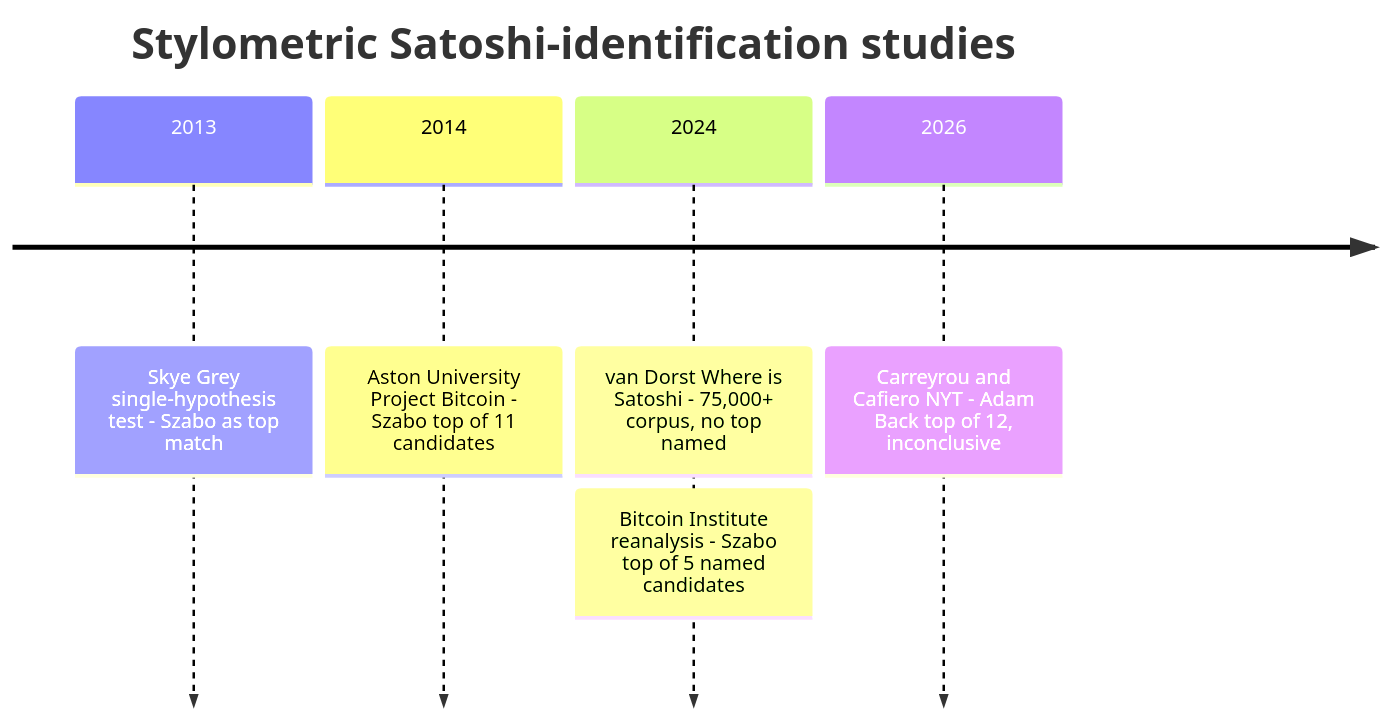
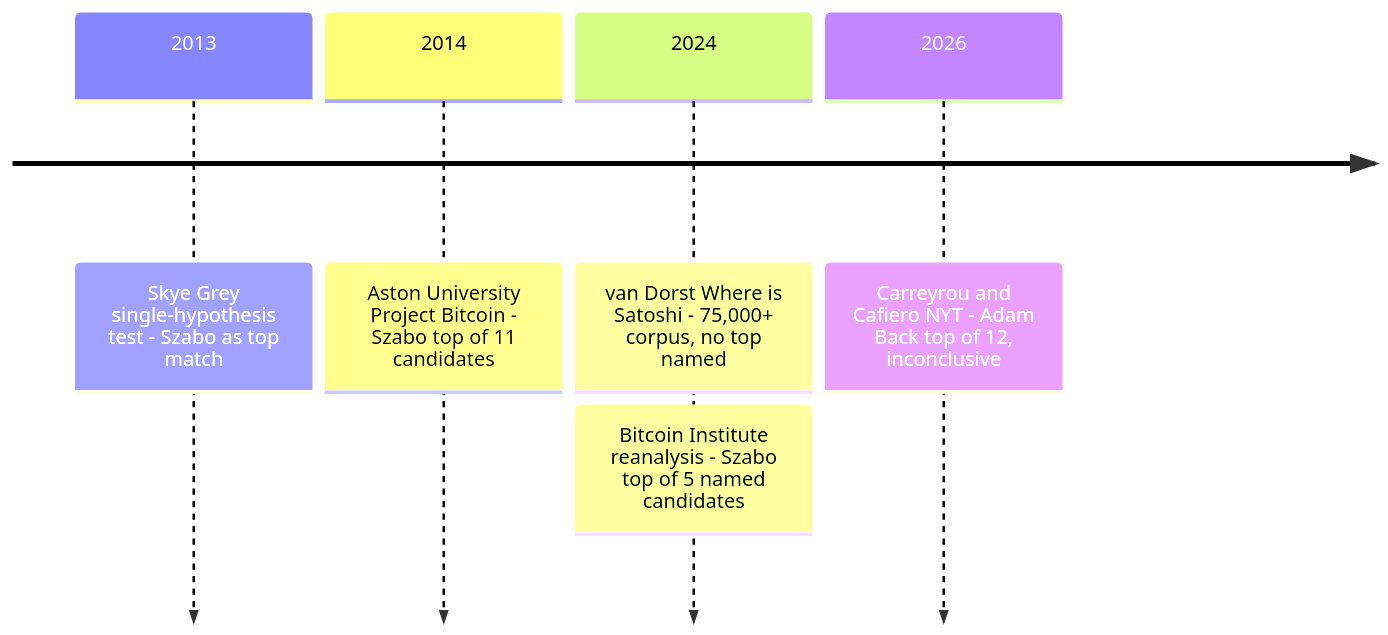
Before and after one commit to cypher256/BitcoinArchive: the diagram in src/data/entries/en/analysis/2026-05-03-van-dorst-corpus-reanalysis-named-candidates.md, drawn with Mermaid. The commit also changed other lines of this file and 50 other files, not shown here.

````diff
--- a/src/data/entries/en/analysis/2026-05-03-van-dorst-corpus-reanalysis-named-candidates.md
+++ b/src/data/entries/en/analysis/2026-05-03-van-dorst-corpus-reanalysis-named-candidates.md
@@ -113,9 +115,8 @@
 ```mermaid
 timeline
-    title Stylometric Satoshi-identification studies
     2013 : Skye Grey single-hypothesis test  - Szabo as top match
     2014 : Aston University Project Bitcoin - Szabo top of 11 candidates
     2024 : van Dorst Where is Satoshi - 75,000+ corpus, no top named
          : Bitcoin Institute reanalysis - Szabo top of 5 named candidates
     2026 : Carreyrou and Cafiero NYT - Adam Back top of 12, inconclusive
 ```
````
